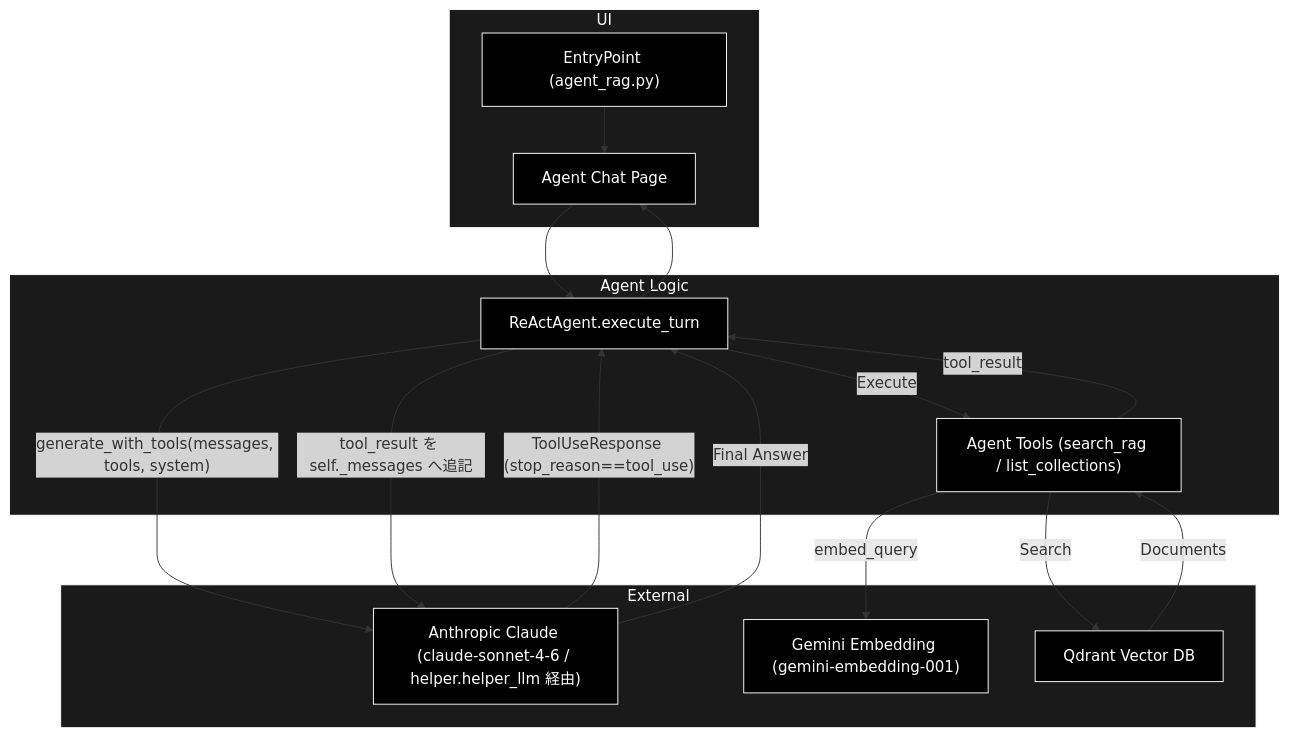
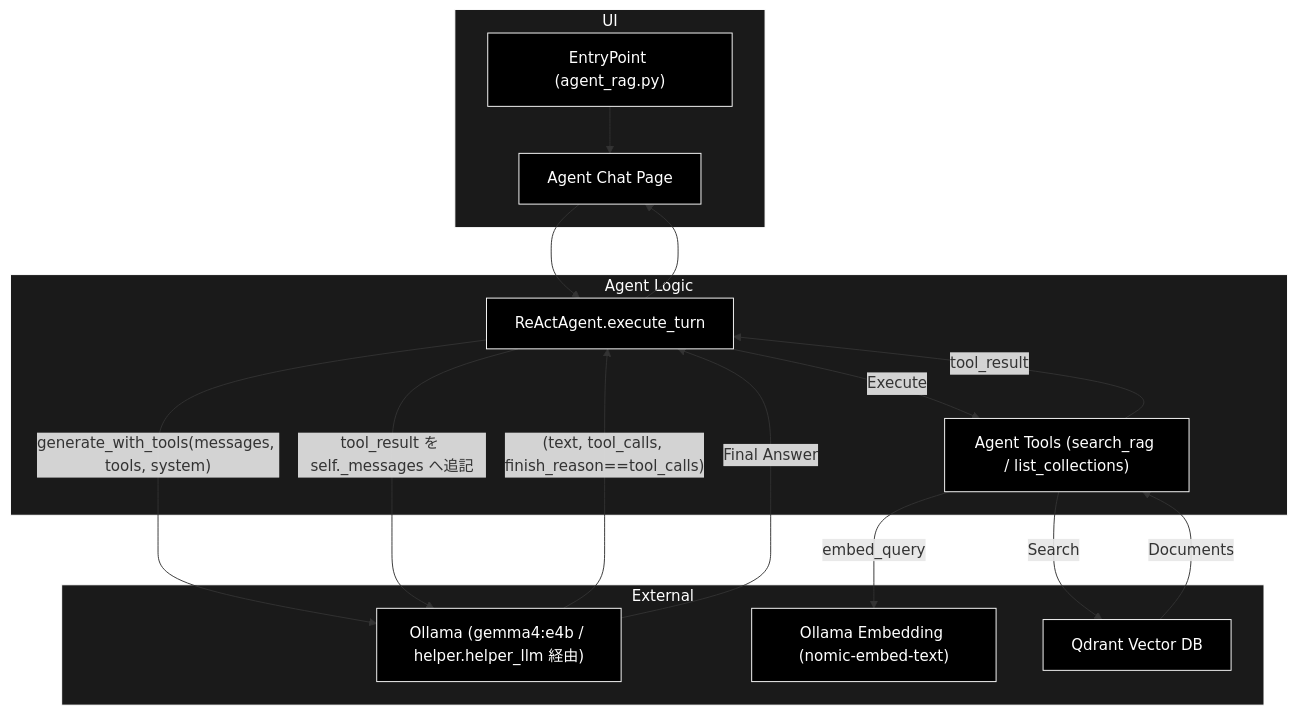
One commit to nakashima2toshio/ollama_grace_agent_v2 changed the third of 10 diagrams in readme_react_reflection.md. Above: the diagram before and after it, drawn with Mermaid. The commit also changed other lines of this file and 5 other files, not shown here.

First line of the commit message:
docs(readme): Ollama ネイティブ化（README*.md の Anthropic/Gemini/OpenAI 表記を統一）

````diff
--- a/readme_react_reflection.md
+++ b/readme_react_reflection.md
@@ -246,37 +248,37 @@
 ```mermaid
 graph TB
     subgraph UI ["UI"]
         Entry["EntryPoint (agent_rag.py)"]
         AgentUI["Agent Chat Page"]
     end
 
     subgraph AgentLogic ["Agent Logic"]
         ReAct["ReActAgent.execute_turn"]
         Tools["Agent Tools (search_rag / list_collections)"]
     end
 
     subgraph External ["External"]
-        Claude["Anthropic Claude (claude-sonnet-4-6 / helper.helper_llm 経由)"]
-        Gemini["Gemini Embedding (gemini-embedding-001)"]
+        Claude["Ollama (gemma4:e4b / helper.helper_llm 経由)"]
+        Gemini["Ollama Embedding (nomic-embed-text)"]
         Qdrant["Qdrant Vector DB"]
     end
 
     Entry --> AgentUI
     AgentUI --> ReAct
     ReAct -- "generate_with_tools(messages, tools, system)" --> Claude
-    Claude -- "ToolUseResponse (stop_reason==tool_use)" --> ReAct
+    Claude -- "(text, tool_calls, finish_reason==tool_calls)" --> ReAct
     ReAct -- "Execute" --> Tools
     Tools -- "embed_query" --> Gemini
     Tools -- "Search" --> Qdrant
     Qdrant -- "Documents" --> Tools
     Tools -- "tool_result" --> ReAct
     ReAct -- "tool_result を self._messages へ追記" --> Claude
     Claude -- "Final Answer" --> ReAct
     ReAct --> AgentUI
 classDef default fill:#000,stroke:#fff,color:#fff
 classDef subgraphStyle fill:#1a1a1a,stroke:#fff,color:#fff
 class Entry,AgentUI,ReAct,Tools,Claude,Gemini,Qdrant default
 style UI fill:#1a1a1a,stroke:#fff,color:#fff
 style AgentLogic fill:#1a1a1a,stroke:#fff,color:#fff
 style External fill:#1a1a1a,stroke:#fff,color:#fff
 ```
````
